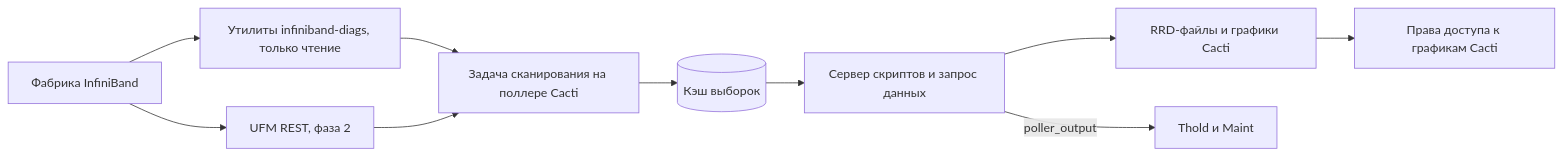
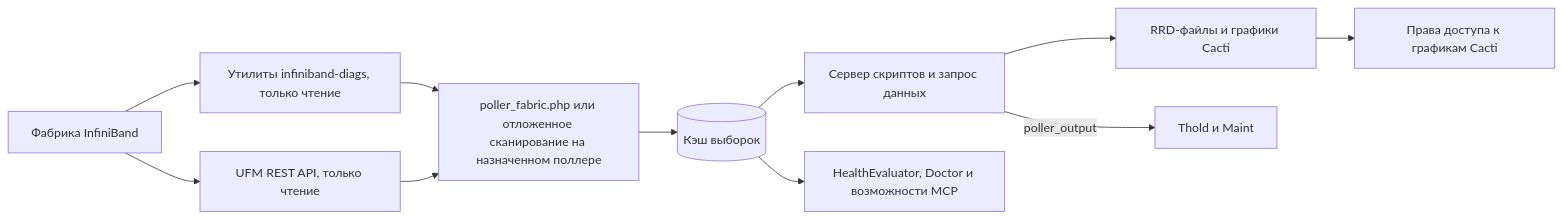
Before and after one commit to somethingwithproof/plugin_fabric: the diagram in docs/i18n/ru-RU/README.md, drawn with Mermaid. The commit also changed other lines of this file and 48 other files, not shown here.

````diff
--- a/docs/i18n/ru-RU/README.md
+++ b/docs/i18n/ru-RU/README.md
@@ -94,12 +132,13 @@
 ```mermaid
 flowchart LR
     F[Фабрика InfiniBand] --> T[Утилиты infiniband-diags, только чтение]
-    F --> U[UFM REST, фаза 2]
-    T --> S[Задача сканирования на поллере Cacti]
+    F --> U[UFM REST API, только чтение]
+    T --> S[poller_fabric.php или отложенное сканирование на назначенном поллере]
     U --> S
     S --> C[(Кэш выборок)]
     C --> SS[Сервер скриптов и запрос данных]
     SS --> R[RRD-файлы и графики Cacti]
     SS -->|poller_output| TH[Thold и Maint]
+    C --> H[HealthEvaluator, Doctor и возможности MCP]
     R --> P[Права доступа к графикам Cacti]
 ```
````
